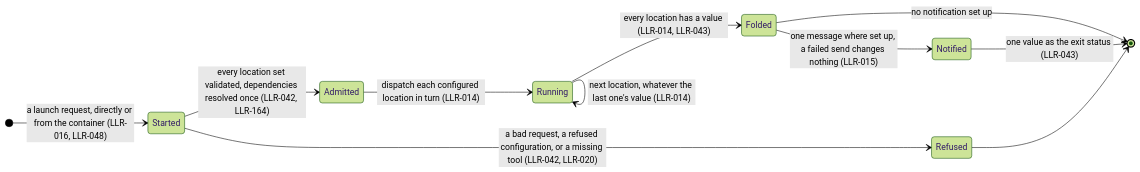
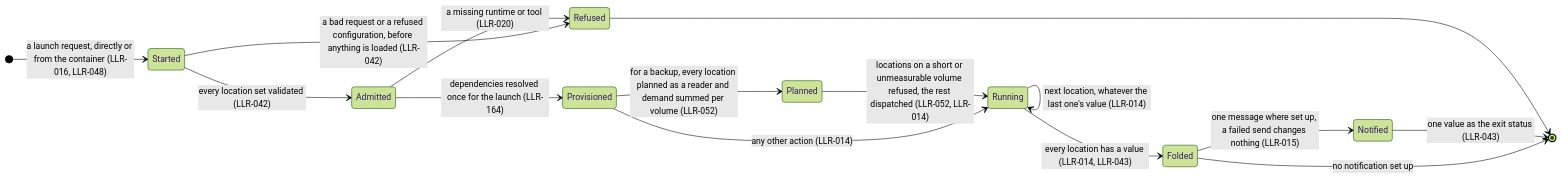
The first of 10 diagrams in docs/runtime-flows.md (diytechy/FileBackup), drawn with Mermaid (forest theme) before and after one commit. The commit also changed other lines of this file and 12 other files, not shown here.

````diff
--- a/docs/runtime-flows.md
+++ b/docs/runtime-flows.md
@@ -27,14 +27,18 @@
 ```mermaid
 stateDiagram-v2
     direction LR
     [*] --> Started: a launch request, directly or from the container (LLR-016, LLR-048)
-    Started --> Refused: a bad request, a refused configuration, or a missing tool (LLR-042, LLR-020)
-    Started --> Admitted: every location set validated, dependencies resolved once (LLR-042, LLR-164)
-    Admitted --> Running: dispatch each configured location in turn (LLR-014)
+    Started --> Refused: a bad request or a refused configuration, before anything is loaded (LLR-042)
+    Started --> Admitted: every location set validated (LLR-042)
+    Admitted --> Refused: a missing runtime or tool (LLR-020)
+    Admitted --> Provisioned: dependencies resolved once for the launch (LLR-164)
+    Provisioned --> Planned: for a backup, every location planned as a reader and demand summed per volume (LLR-052)
+    Provisioned --> Running: any other action (LLR-014)
+    Planned --> Running: locations on a short or unmeasurable volume refused, the rest dispatched (LLR-052, LLR-014)
     Running --> Running: next location, whatever the last one's value (LLR-014)
     Running --> Folded: every location has a value (LLR-014, LLR-043)
     Folded --> Notified: one message where set up, a failed send changes nothing (LLR-015)
     Folded --> [*]: no notification set up
     Notified --> [*]: one value as the exit status (LLR-043)
     Refused --> [*]
 ```
````
